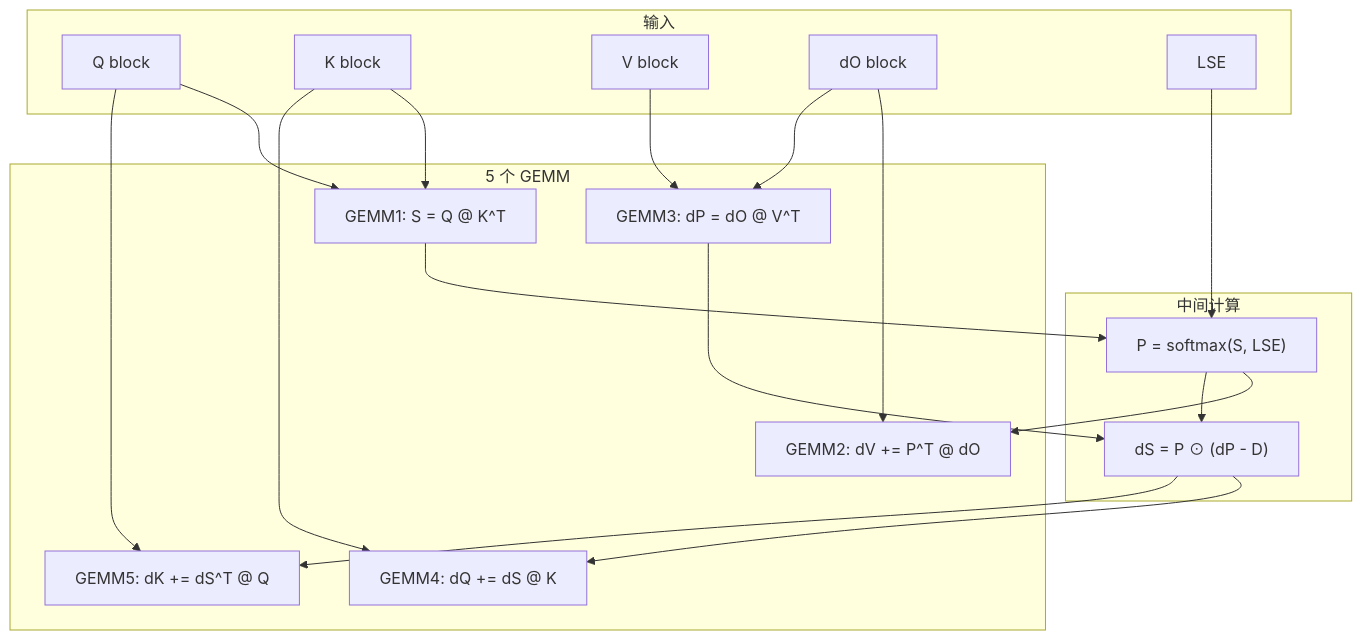
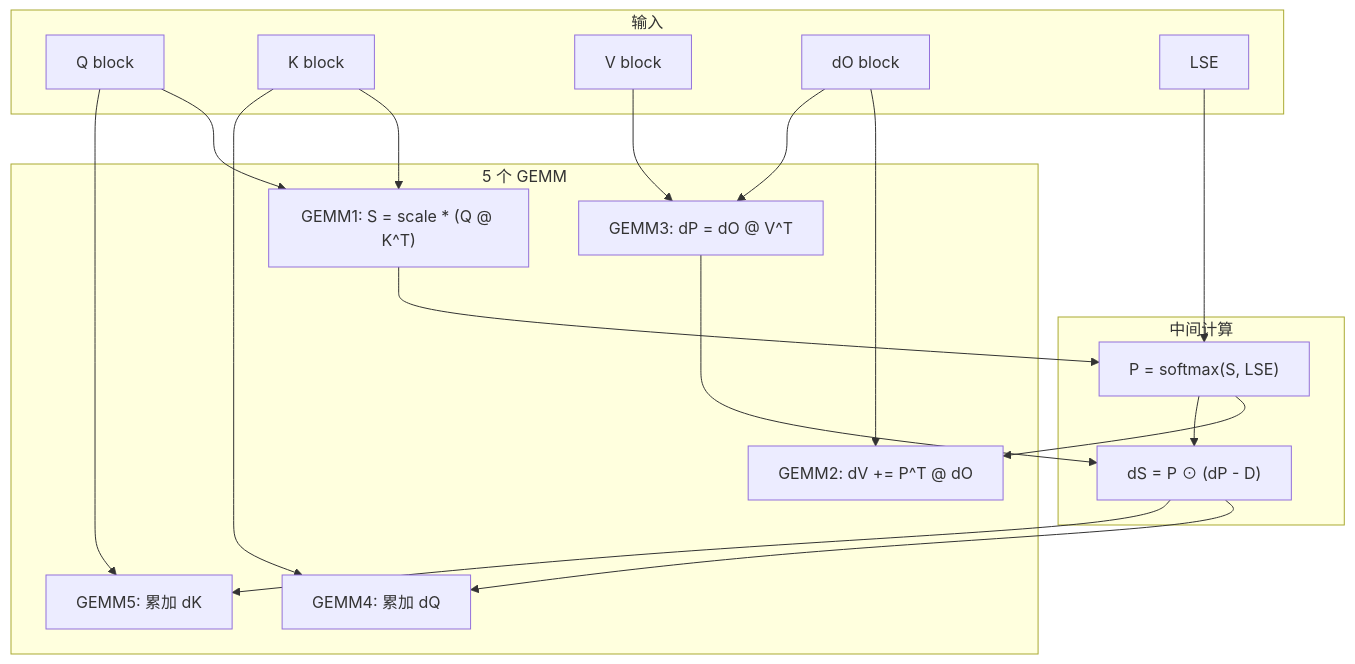
One commit to SuperMarioYL/inference-cookbook changed the diagram in content/flashattention/05-code-walkthrough/02-backward-call-trace.md. Above: the diagram before and after it, drawn with Mermaid. The commit also changed other lines of this file and 424 other files, not shown here.

````diff
--- a/content/flashattention/05-code-walkthrough/02-backward-call-trace.md
+++ b/content/flashattention/05-code-walkthrough/02-backward-call-trace.md
@@ -401,38 +265,38 @@
 ```mermaid
 graph TD
     subgraph inputs["输入"]
         Q["Q block"]
         K["K block"]
         V["V block"]
         dO["dO block"]
         LSE["LSE"]
     end
 
     subgraph gemm["5 个 GEMM"]
-        G1["GEMM1: S = Q @ K^T"]
+        G1["GEMM1: S = scale * (Q @ K^T)"]
         G2["GEMM2: dV += P^T @ dO"]
         G3["GEMM3: dP = dO @ V^T"]
-        G4["GEMM4: dQ += dS @ K"]
-        G5["GEMM5: dK += dS^T @ Q"]
+        G4["GEMM4: 累加 dQ"]
+        G5["GEMM5: 累加 dK"]
     end
 
     subgraph intermediate["中间计算"]
         SM["P = softmax(S, LSE)"]
         DS["dS = P ⊙ (dP - D)"]
     end
 
     Q --> G1
     K --> G1
     G1 --> SM
     LSE --> SM
     SM --> G2
     dO --> G2
     dO --> G3
     V --> G3
     SM --> DS
     G3 --> DS
     DS --> G4
     K --> G4
     DS --> G5
     Q --> G5
 ```
````
